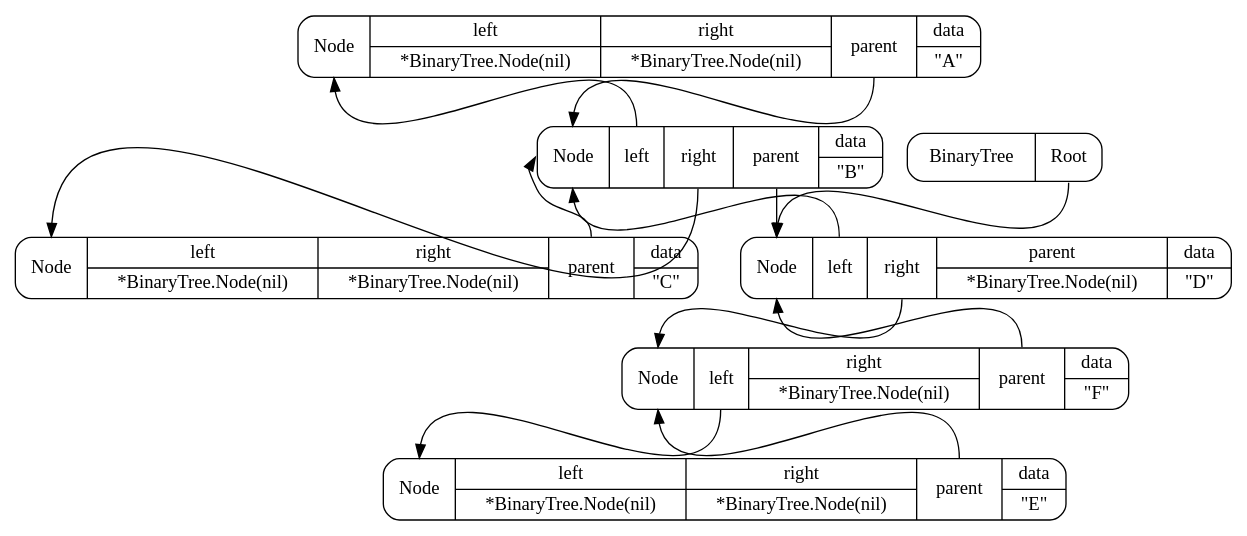
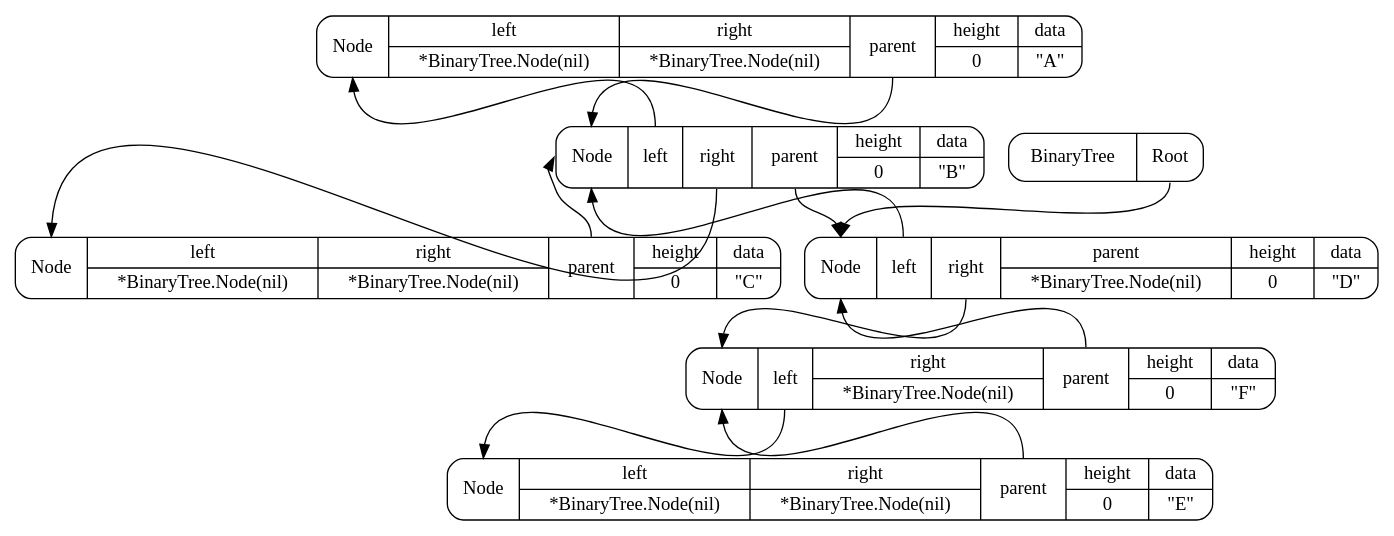
Before and after one commit to DennisMao/gofunc: the diagram in da/datastructures/trees/BinaryTree/BinaryTree.gv, drawn with Graphviz. The commit also changed 3 other files, not shown here.

```diff
--- a/da/datastructures/trees/BinaryTree/BinaryTree.gv
+++ b/da/datastructures/trees/BinaryTree/BinaryTree.gv
@@ -1,21 +1,21 @@
 digraph structs {
   node [shape=Mrecord];
-  4 [label="<name> Node |{<f0> left | *BinaryTree.Node(nil)} |{<f1> right | *BinaryTree.Node(nil)} |<f2> parent|{<f3> data | \"A\"}  "];
+  4 [label="<name> Node |{<f0> left | *BinaryTree.Node(nil)} |{<f1> right | *BinaryTree.Node(nil)} |<f2> parent|{<f3> height | 0} |{<f4> data | \"A\"}  "];
   4:f2 -> 3:name;
-  5 [label="<name> Node |{<f0> left | *BinaryTree.Node(nil)} |{<f1> right | *BinaryTree.Node(nil)} |<f2> parent|{<f3> data | \"C\"}  "];
+  5 [label="<name> Node |{<f0> left | *BinaryTree.Node(nil)} |{<f1> right | *BinaryTree.Node(nil)} |<f2> parent|{<f3> height | 0} |{<f4> data | \"C\"}  "];
   5:f2 -> 3:name;
-  3 [label="<name> Node |<f0> left|<f1> right|<f2> parent|{<f3> data | \"B\"}  "];
+  3 [label="<name> Node |<f0> left|<f1> right|<f2> parent|{<f3> height | 0} |{<f4> data | \"B\"}  "];
   3:f0 -> 4:name;
   3:f1 -> 5:name;
   3:f2 -> 2:name;
-  7 [label="<name> Node |{<f0> left | *BinaryTree.Node(nil)} |{<f1> right | *BinaryTree.Node(nil)} |<f2> parent|{<f3> data | \"E\"}  "];
+  7 [label="<name> Node |{<f0> left | *BinaryTree.Node(nil)} |{<f1> right | *BinaryTree.Node(nil)} |<f2> parent|{<f3> height | 0} |{<f4> data | \"E\"}  "];
   7:f2 -> 6:name;
-  6 [label="<name> Node |<f0> left|{<f1> right | *BinaryTree.Node(nil)} |<f2> parent|{<f3> data | \"F\"}  "];
+  6 [label="<name> Node |<f0> left|{<f1> right | *BinaryTree.Node(nil)} |<f2> parent|{<f3> height | 0} |{<f4> data | \"F\"}  "];
   6:f0 -> 7:name;
   6:f2 -> 2:name;
-  2 [label="<name> Node |<f0> left|<f1> right|{<f2> parent | *BinaryTree.Node(nil)} |{<f3> data | \"D\"}  "];
+  2 [label="<name> Node |<f0> left|<f1> right|{<f2> parent | *BinaryTree.Node(nil)} |{<f3> height | 0} |{<f4> data | \"D\"}  "];
   2:f0 -> 3:name;
   2:f1 -> 6:name;
   1 [label="<name> BinaryTree |<f0> Root "];
   1:f0 -> 2:name;
 }
```
